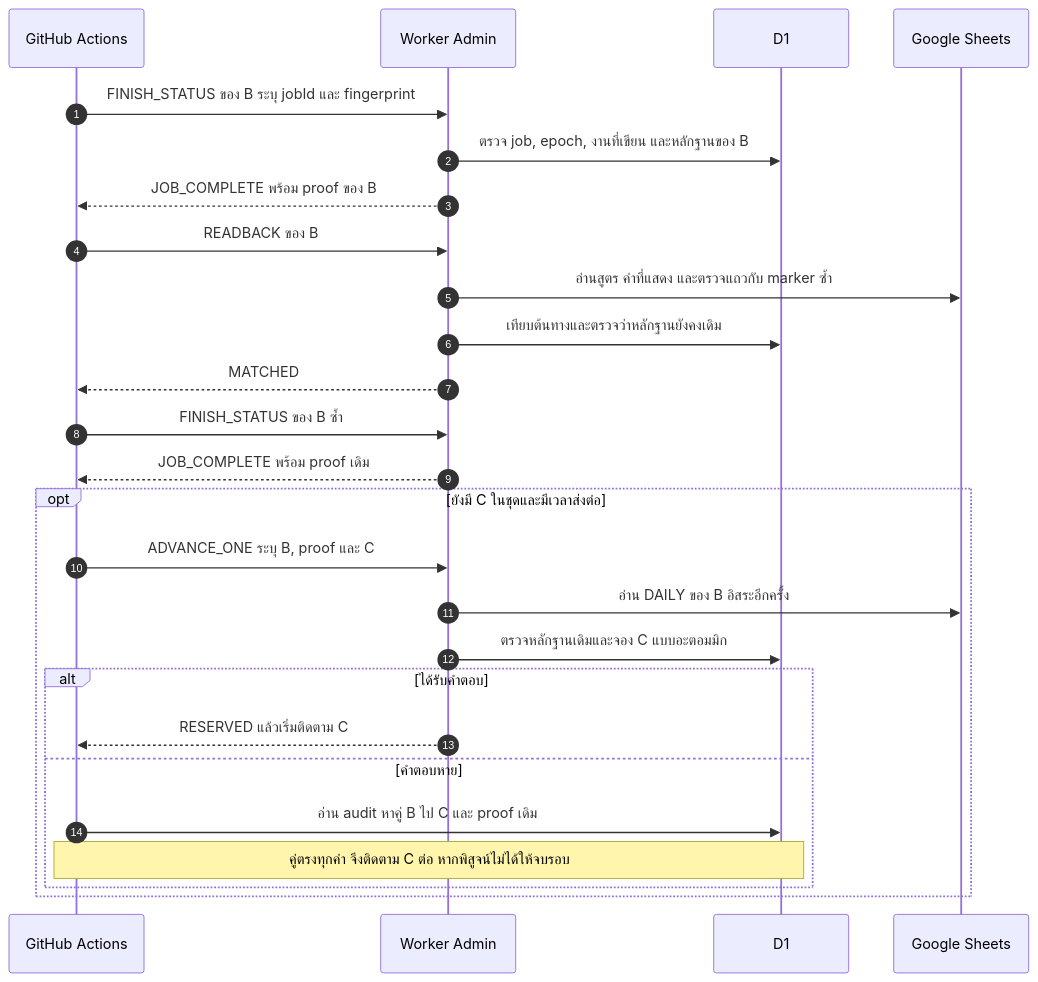
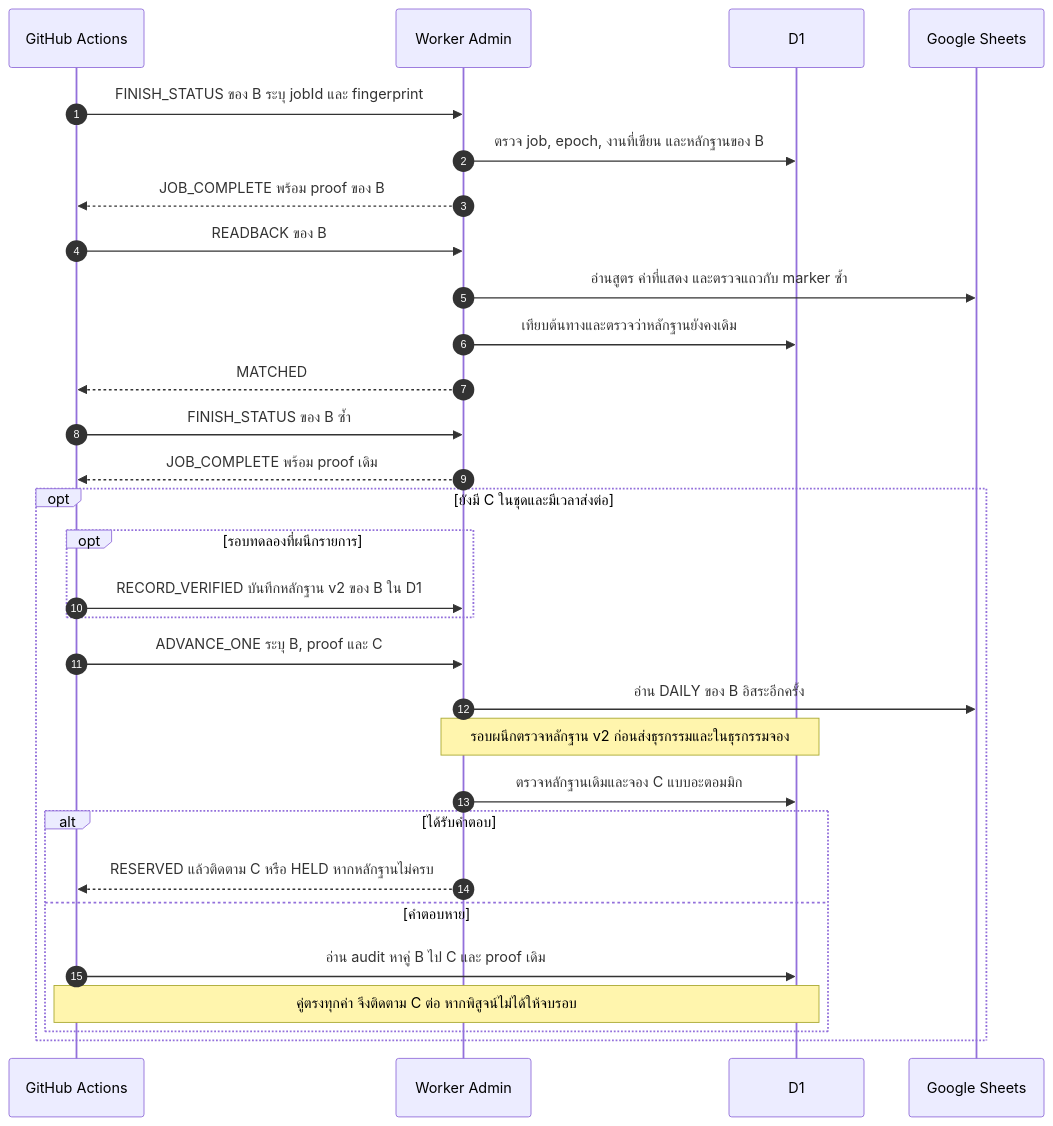
Before and after one commit to Eak-dev/malipang-shop: the fourth of 5 diagrams in docs/system-flow/serial-sequence.md, drawn with Mermaid. The commit also changed 6 other files, not shown here.

````diff
--- a/docs/system-flow/serial-sequence.md
+++ b/docs/system-flow/serial-sequence.md
@@ -92,28 +92,32 @@
 ```mermaid
 sequenceDiagram
     autonumber
     participant R as GitHub Actions
     participant W as Worker Admin
     participant D as D1
     participant S as Google Sheets
     R->>W: FINISH_STATUS ของ B ระบุ jobId และ fingerprint
     W->>D: ตรวจ job, epoch, งานที่เขียน และหลักฐานของ B
     W-->>R: JOB_COMPLETE พร้อม proof ของ B
     R->>W: READBACK ของ B
     W->>S: อ่านสูตร ค่าที่แสดง และตรวจแถวกับ marker ซ้ำ
     W->>D: เทียบต้นทางและตรวจว่าหลักฐานยังคงเดิม
     W-->>R: MATCHED
     R->>W: FINISH_STATUS ของ B ซ้ำ
     W-->>R: JOB_COMPLETE พร้อม proof เดิม
     opt ยังมี C ในชุดและมีเวลาส่งต่อ
+        opt รอบทดลองที่ผนึกรายการ
+            R->>W: RECORD_VERIFIED บันทึกหลักฐาน v2 ของ B ใน D1
+        end
         R->>W: ADVANCE_ONE ระบุ B, proof และ C
         W->>S: อ่าน DAILY ของ B อิสระอีกครั้ง
+        Note over W,D: รอบผนึกตรวจหลักฐาน v2 ก่อนส่งธุรกรรมและในธุรกรรมจอง
         W->>D: ตรวจหลักฐานเดิมและจอง C แบบอะตอมมิก
         alt ได้รับคำตอบ
-            W-->>R: RESERVED แล้วเริ่มติดตาม C
+            W-->>R: RESERVED แล้วติดตาม C หรือ HELD หากหลักฐานไม่ครบ
         else คำตอบหาย
             R->>D: อ่าน audit หาคู่ B ไป C และ proof เดิม
             Note over R,D: คู่ตรงทุกค่า จึงติดตาม C ต่อ หากพิสูจน์ไม่ได้ให้จบรอบ
         end
     end
 ```
````
